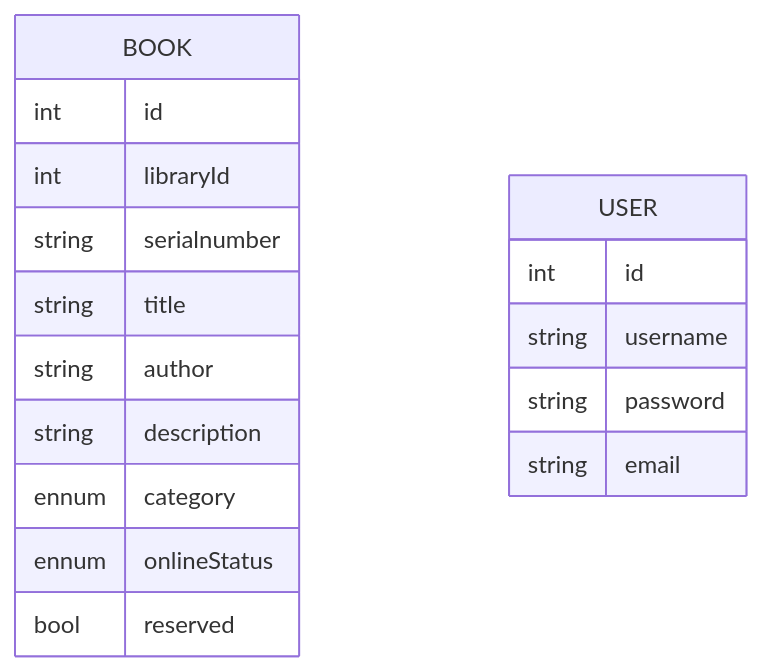
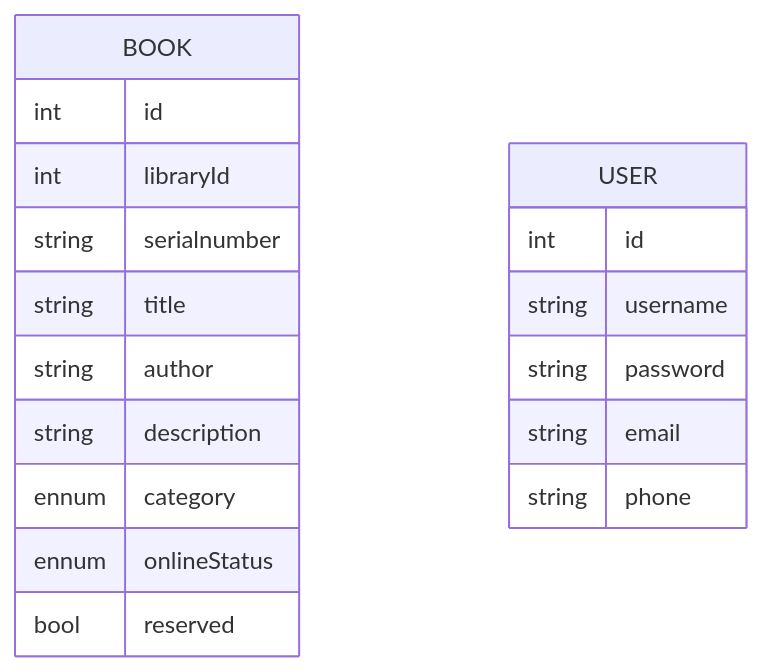
Before and after one commit to garrysjh/shelfscape: the diagram in diagrams/er_simple.mmd, drawn with Mermaid.

```diff
--- a/diagrams/er_simple.mmd
+++ b/diagrams/er_simple.mmd
@@ -1,19 +1,20 @@
 erDiagram
     BOOK {
         int id
         int libraryId
         string serialnumber
         string title
         string author
         string description
         ennum category
         ennum onlineStatus
         bool reserved
     }
 
     USER {
         int id
         string username
         string password
         string email
+        string phone
     }
```
